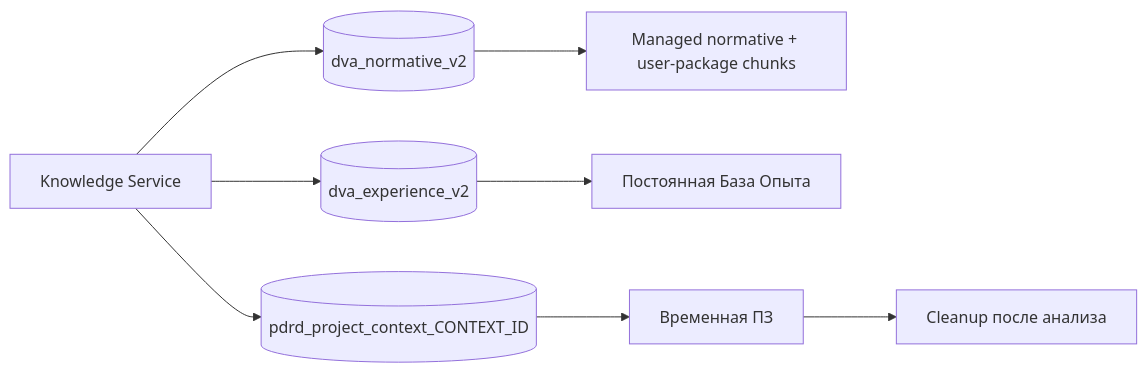
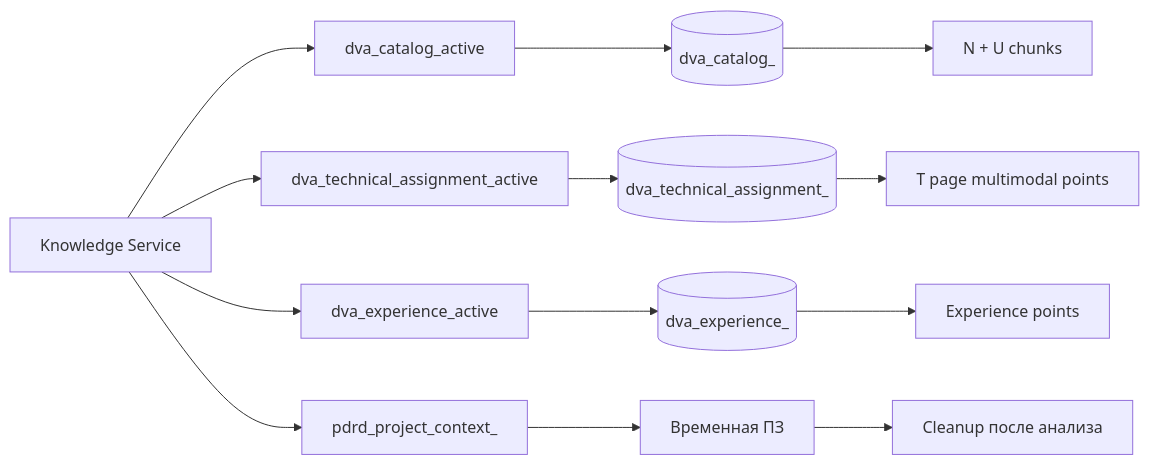
The seventh of 10 diagrams in README.md (Amadu-A/PDRD-validation), drawn with Mermaid before and after one commit. The commit also changed other lines of this file and 7 other files, not shown here.

Commit message:
fix: complete technical assignment workflow coverage

````diff
--- a/README.md
+++ b/README.md
@@ -355,11 +411,18 @@
 ```mermaid
 flowchart LR
-    KS["Knowledge Service"] --> M[("dva_normative_v2")]
-    KS --> E[("dva_experience_v2")]
-    KS --> P[("pdrd_project_context_CONTEXT_ID")]
+    KS["Knowledge Service"] --> CA["dva_catalog_active"]
+    KS --> TA["dva_technical_assignment_active"]
+    KS --> EA["dva_experience_active"]
+    KS --> P["pdrd_project_context_<context_id>"]
 
-    M --> MN["Managed normative + user-package chunks"]
-    E --> EP["Постоянная База Опыта"]
+    CA --> CP[("dva_catalog_<fingerprint>")]
+    TA --> TP[("dva_technical_assignment_<fingerprint>")]
+    EA --> EP[("dva_experience_<fingerprint>")]
+
+    CP --> NU["N + U chunks"]
+    TP --> T["T page multimodal points"]
+    EP --> E["Experience points"]
+
     P --> PP["Временная ПЗ"]
     PP --> CLEAN["Cleanup после анализа"]
 ```
````
